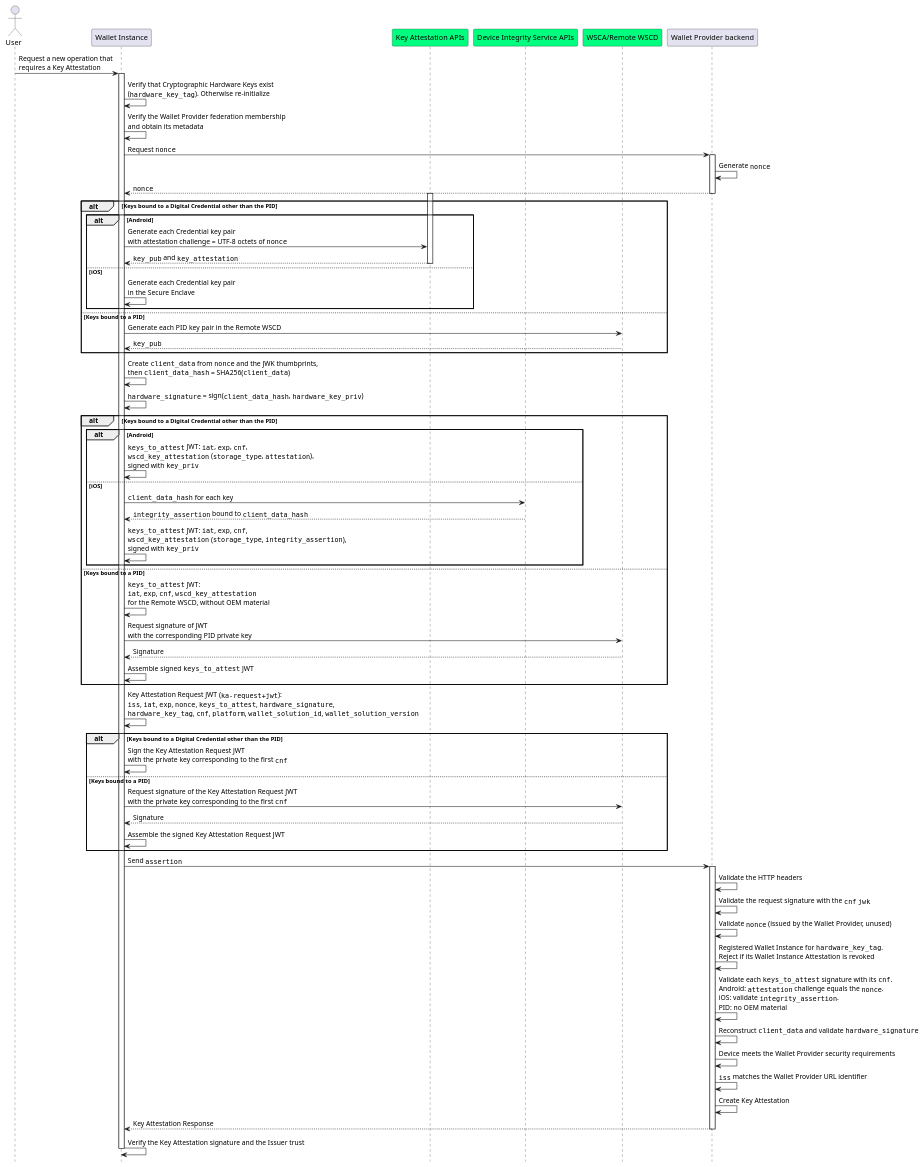
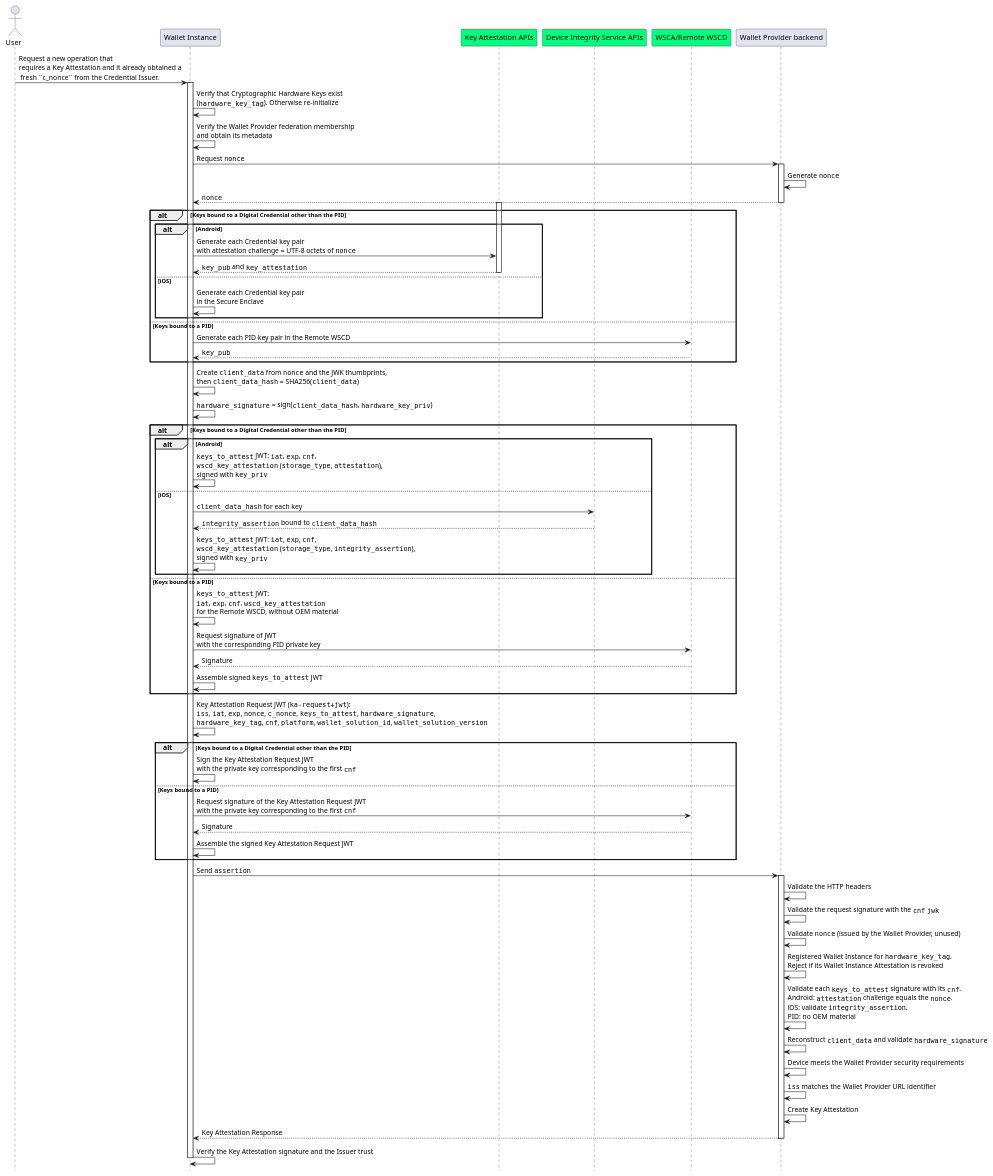
One commit to italia/eid-wallet-it-docs changed the diagram in docs/en/plantuml/wallet-attestation-issuance.puml. Above: the diagram before and after it, drawn with PlantUML. The commit also changed 1 other file, not shown here.

```diff
--- a/docs/en/plantuml/wallet-attestation-issuance.puml
+++ b/docs/en/plantuml/wallet-attestation-issuance.puml
@@ -1,106 +1,106 @@
 @startuml Key Attestation Issuance
 hide footbox
 
 'Participants
 actor "User" as user
 participant "Wallet Instance" as app
 participant "Key Attestation APIs" as kats #springgreen
 participant "Device Integrity Service APIs" as aats #springgreen
 participant "WSCA/Remote WSCD" as wsca #springgreen
 participant "Wallet Provider backend" as bck
 
-user->app: Request a new operation that\nrequires a Key Attestation
+user->app: Request a new operation that\nrequires a Key Attestation and it already obtained a\n fresh ``c_nonce`` from the Credential Issuer.
 activate app
 
 app->app: Verify that Cryptographic Hardware Keys exist\n(""hardware_key_tag""). Otherwise re-initialize
 
 app->app: Verify the Wallet Provider federation membership\nand obtain its metadata
 
 app->bck: Request ""nonce""
 activate bck
 bck->bck: Generate ""nonce""
 bck-->app: ""nonce""
 deactivate bck
 
 alt Keys bound to a Digital Credential other than the PID
 
 alt Android
 
 activate kats
 app->kats: Generate each Credential key pair\nwith attestation challenge = UTF-8 octets of ""nonce""
 kats-->app: ""key_pub"" and ""key_attestation""
 deactivate kats
 
 else iOS
 
 app->app: Generate each Credential key pair\nin the Secure Enclave
 
 end
 
 else Keys bound to a PID
 
 app->wsca: Generate each PID key pair in the Remote WSCD
 wsca-->app: ""key_pub""
 
 end
 
 app->app: Create ""client_data"" from ""nonce"" and the JWK thumbprints,\nthen ""client_data_hash"" = SHA256(""client_data"")
 
 app->app: ""hardware_signature"" = sign(""client_data_hash"", ""hardware_key_priv"")
 
 alt Keys bound to a Digital Credential other than the PID
 
 alt Android
 
 app->app: ""keys_to_attest"" JWT: ""iat"", ""exp"", ""cnf"",\n""wscd_key_attestation"" (""storage_type"", ""attestation""),\nsigned with ""key_priv""
 
 else iOS
 
 app->aats: ""client_data_hash"" for each key
 aats-->app: ""integrity_assertion"" bound to ""client_data_hash""
 app->app: ""keys_to_attest"" JWT: ""iat"", ""exp"", ""cnf"",\n""wscd_key_attestation"" (""storage_type"", ""integrity_assertion""),\nsigned with ""key_priv""
 
 end
 
 else Keys bound to a PID
 
 app->app: ""keys_to_attest"" JWT:\n""iat"", ""exp"", ""cnf"", ""wscd_key_attestation""\nfor the Remote WSCD, without OEM material
 app->wsca: Request signature of JWT\nwith the corresponding PID private key
 wsca-->app: Signature
 app->app: Assemble signed ""keys_to_attest"" JWT
 
 end
 
-app->app: Key Attestation Request JWT (""ka-request+jwt""):\n""iss"", ""iat"", ""exp"", ""nonce"", ""keys_to_attest"", ""hardware_signature"",\n""hardware_key_tag"", ""cnf"", ""platform"", ""wallet_solution_id"", ""wallet_solution_version""
+app->app: Key Attestation Request JWT (""ka-request+jwt""):\n""iss"", ""iat"", ""exp"", ""nonce"", ""c_nonce"", ""keys_to_attest"", ""hardware_signature"",\n""hardware_key_tag"", ""cnf"", ""platform"", ""wallet_solution_id"", ""wallet_solution_version""
 
 alt Keys bound to a Digital Credential other than the PID
 
 app->app: Sign the Key Attestation Request JWT\nwith the private key corresponding to the first ""cnf""
 
 else Keys bound to a PID
 
 app->wsca: Request signature of the Key Attestation Request JWT\nwith the private key corresponding to the first ""cnf""
 wsca-->app: Signature
 app->app: Assemble the signed Key Attestation Request JWT
 
 end
 app->bck: Send ""assertion""
 activate bck
 
 bck->bck: Validate the HTTP headers
 bck->bck: Validate the request signature with the ""cnf"" ""jwk""
 bck->bck: Validate ""nonce"" (issued by the Wallet Provider, unused)
 bck->bck: Registered Wallet Instance for ""hardware_key_tag"".\nReject if its Wallet Instance Attestation is revoked
 bck->bck: Validate each ""keys_to_attest"" signature with its ""cnf"".\nAndroid: ""attestation"" challenge equals the ""nonce"".\niOS: validate ""integrity_assertion"".\nPID: no OEM material
 bck->bck: Reconstruct ""client_data"" and validate ""hardware_signature""
 bck->bck: Device meets the Wallet Provider security requirements
 bck->bck: ""iss"" matches the Wallet Provider URL identifier
 bck->bck: Create Key Attestation
 
 bck-->app: Key Attestation Response
 deactivate bck
 
 app->app: Verify the Key Attestation signature and the Issuer trust
 
 deactivate app
 @enduml
```
